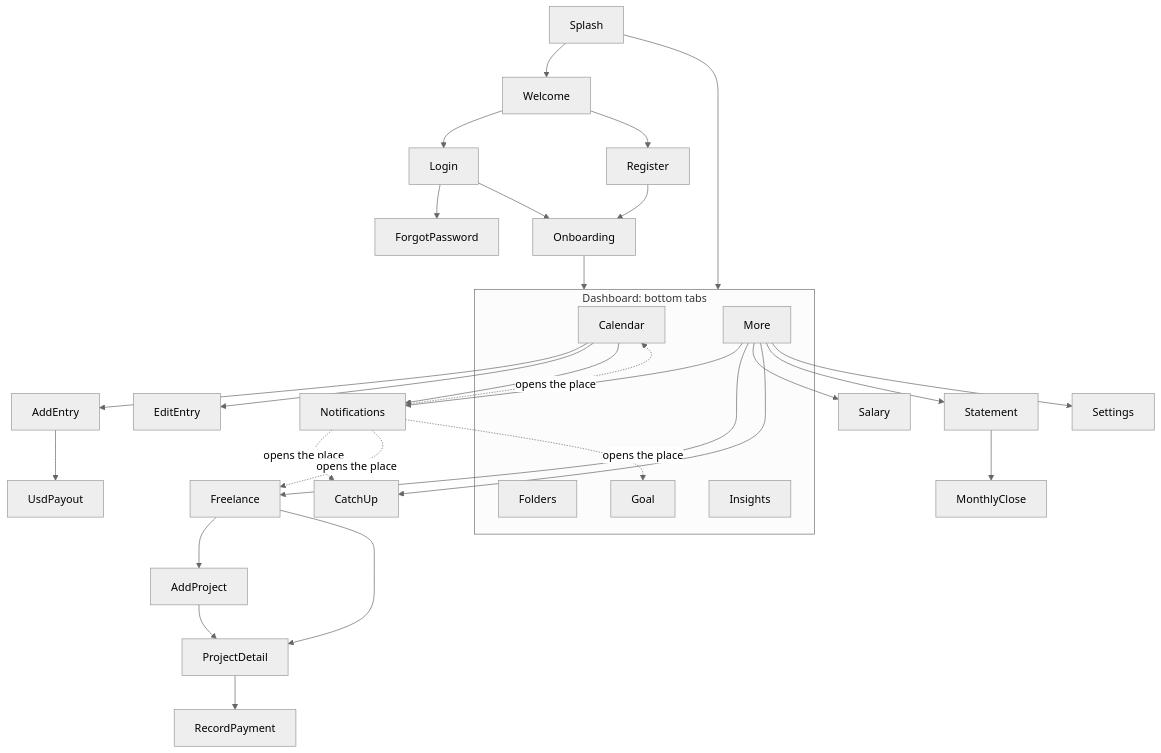
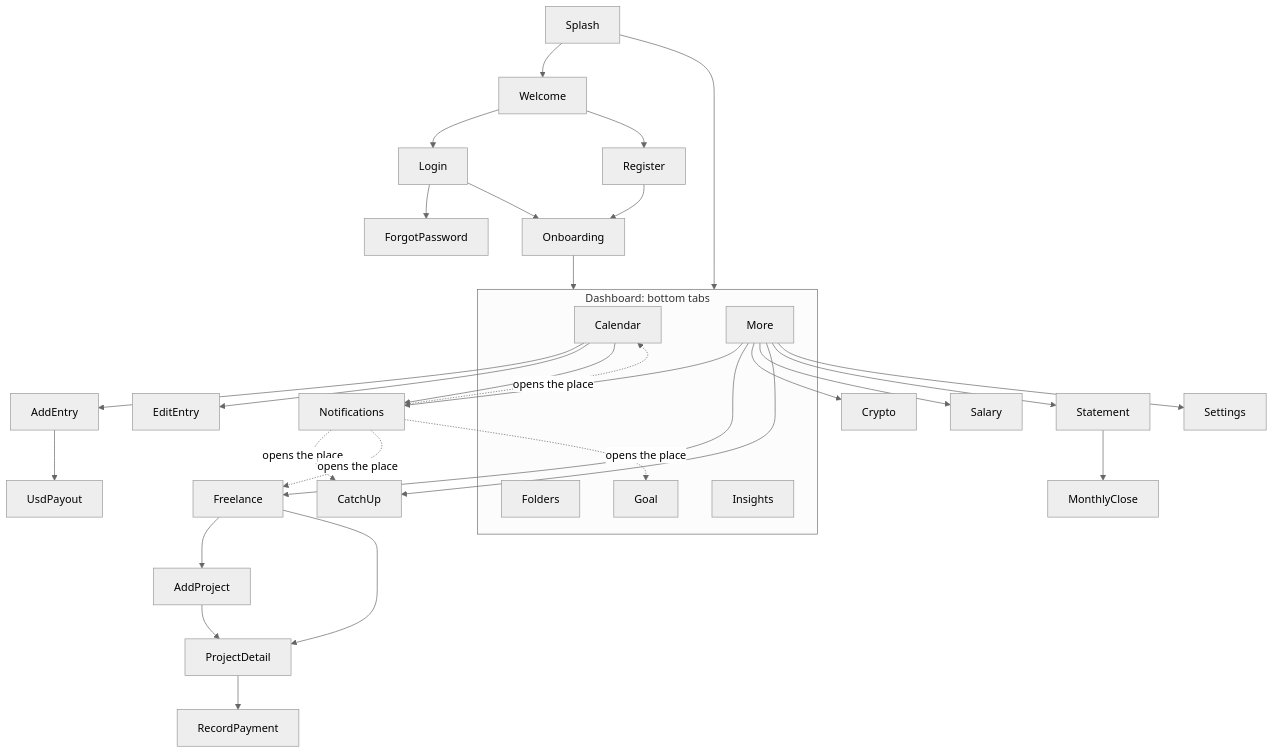
Before and after one commit to NethmikaKekuu/MoneyTrail: the ninth of 9 diagrams in docs/diagrams.md, drawn with Mermaid (neutral theme).

Commit message:
Docs: add crypto to diagrams

````diff
--- a/docs/diagrams.md
+++ b/docs/diagrams.md
@@ -174,22 +174,22 @@
 ```mermaid
 flowchart TD
     Splash --> Welcome & Dashboard
     Welcome --> Login & Register
     Login --> ForgotPassword
     Login & Register --> Onboarding --> Dashboard
     subgraph Dashboard[Dashboard: bottom tabs]
         Calendar
         Folders
         Goal
         Insights
         More
     end
     Calendar --> AddEntry --> UsdPayout
     Calendar --> EditEntry
     Calendar --> Notifications
-    More --> Notifications & Freelance & Salary & CatchUp & Statement & Settings
+    More --> Notifications & Freelance & Crypto & Salary & CatchUp & Statement & Settings
     Freelance --> AddProject --> ProjectDetail
     Freelance --> ProjectDetail --> RecordPayment
     Statement --> MonthlyClose
     Notifications -. opens the place .-> Calendar & Goal & CatchUp & Freelance
 ```
````
